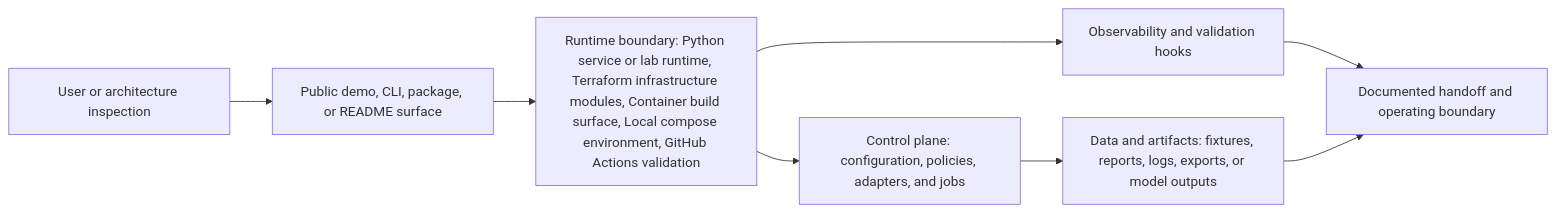
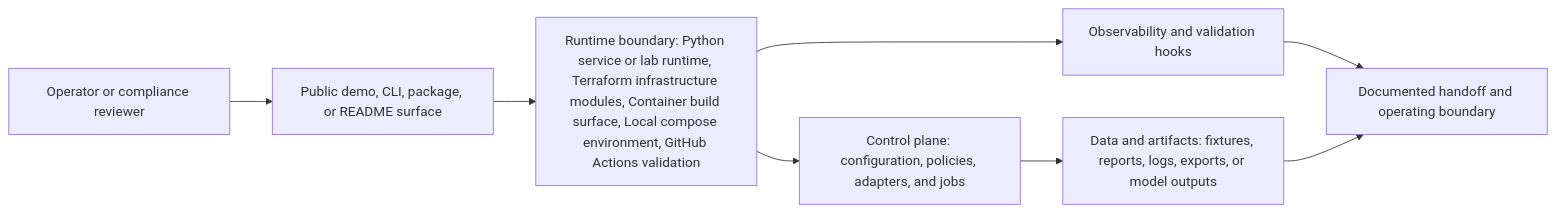
The diagram in docs/system-architecture.md (KIM3310/secure-xl2hwp-local), drawn with Mermaid before and after one commit. The commit also changed other lines of this file and 23 other files, not shown here.

````diff
--- a/docs/system-architecture.md
+++ b/docs/system-architecture.md
@@ -18,10 +18,10 @@
 ```mermaid
 flowchart LR
-    User["User or architecture inspection"] --> Surface["Public demo, CLI, package, or README surface"]
+    User["Operator or compliance reviewer"] --> Surface["Public demo, CLI, package, or README surface"]
     Surface --> Runtime["Runtime boundary: Python service or lab runtime, Terraform infrastructure modules, Container build surface, Local compose environment, GitHub Actions validation"]
     Runtime --> Control["Control plane: configuration, policies, adapters, and jobs"]
     Control --> Data["Data and artifacts: fixtures, reports, logs, exports, or model outputs"]
     Runtime --> Observability["Observability and validation hooks"]
     Observability --> Handoff["Documented handoff and operating boundary"]
     Data --> Handoff
 ```
````
